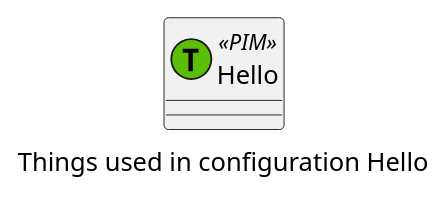
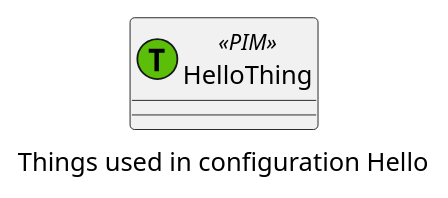
The diagram in doc/examples/thingml-gen/uml/Hello/Hello/docs/Hello_class_compact.plantuml (TelluIoT/ThingML), drawn with PlantUML before and after one commit. The commit also changed 10 other files, not shown here.

Commit message:
Fix in component diagram generatot

```diff
--- a/doc/examples/thingml-gen/uml/Hello/Hello/docs/Hello_class_compact.plantuml
+++ b/doc/examples/thingml-gen/uml/Hello/Hello/docs/Hello_class_compact.plantuml
@@ -1,5 +1,5 @@
 @startuml
 caption Things used in configuration Hello
-class Hello <<(T,#5BBF09)PIM>> {
+class HelloThing <<(T,#5BBF09)PIM>> {
 }
 @enduml
```
